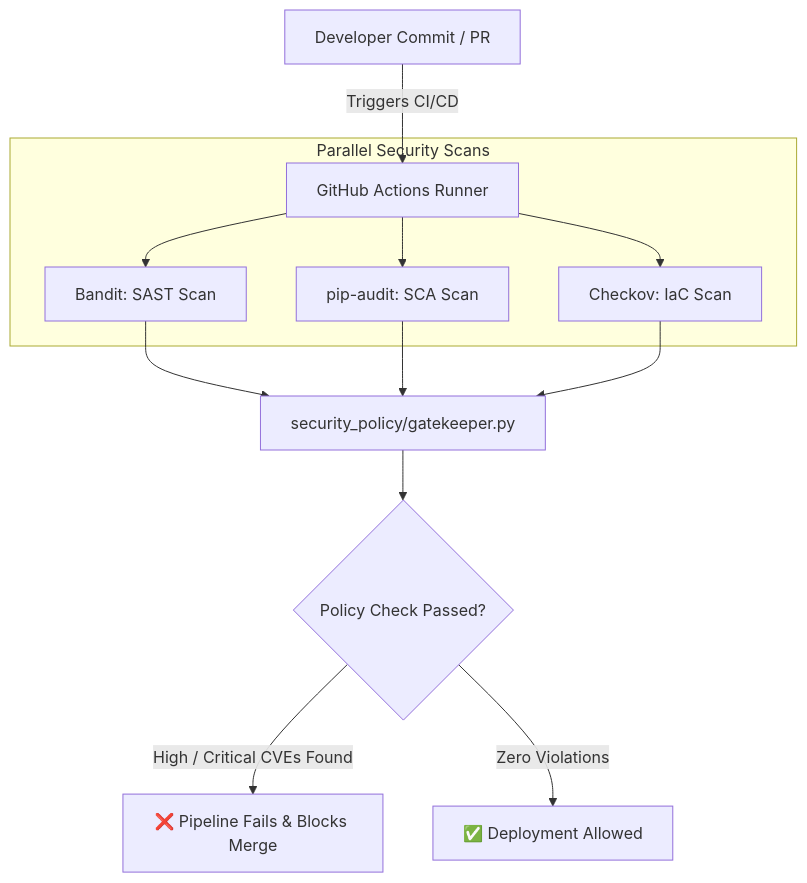
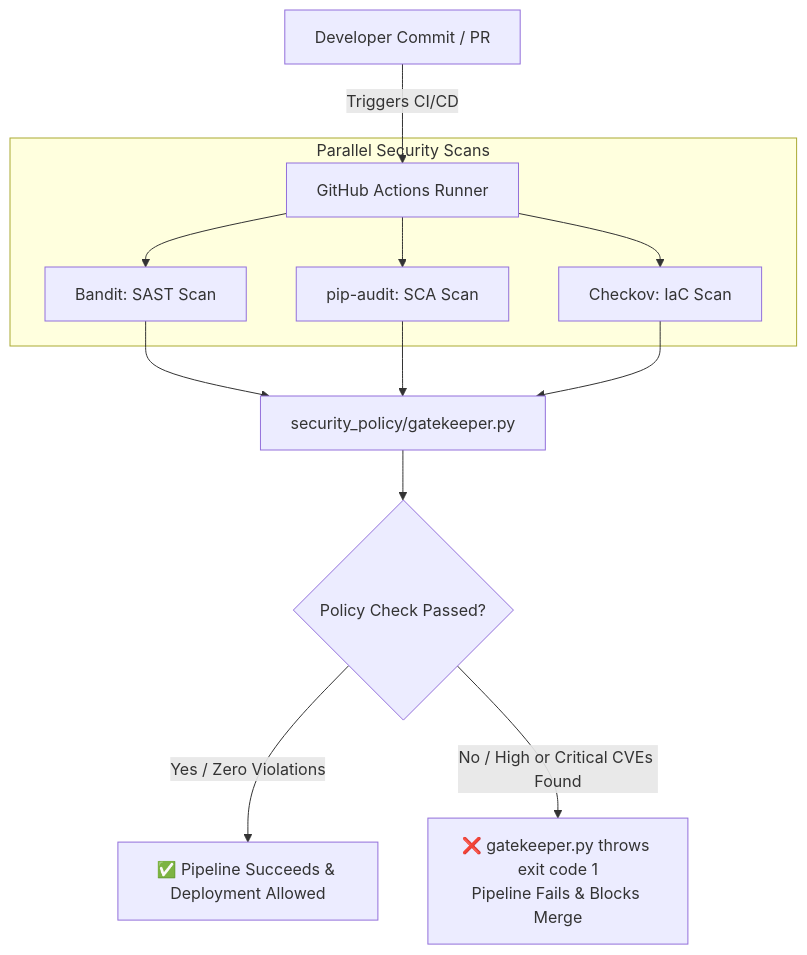
One commit to rajeshgurindapalli15-crypto/devsecops-compliance-pipeline changed the diagram in README.md. Above: the diagram before and after it, drawn with Mermaid.

````diff
--- a/README.md
+++ b/README.md
@@ -16,19 +16,19 @@
 ```mermaid
 graph TD
     A[Developer Commit / PR] -->|Triggers CI/CD| B[GitHub Actions Runner]
     
     subgraph Parallel Security Scans
         B --> C[Bandit: SAST Scan]
         B --> D[pip-audit: SCA Scan]
         B --> E[Checkov: IaC Scan]
     end
     
     C --> F[security_policy/gatekeeper.py]
     D --> F
     E --> F
     
     F --> G{Policy Check Passed?}
     
-    G -->|High / Critical CVEs Found| H[❌ Pipeline Fails & Blocks Merge]
-    G -->|Zero Violations| I[✅ Deployment Allowed]
+    G -->|Yes / Zero Violations| I[✅ Pipeline Succeeds & Deployment Allowed]
+    G -->|No / High or Critical CVEs Found| H[❌ gatekeeper.py throws exit code 1<br/>Pipeline Fails & Blocks Merge]
 ```
````
